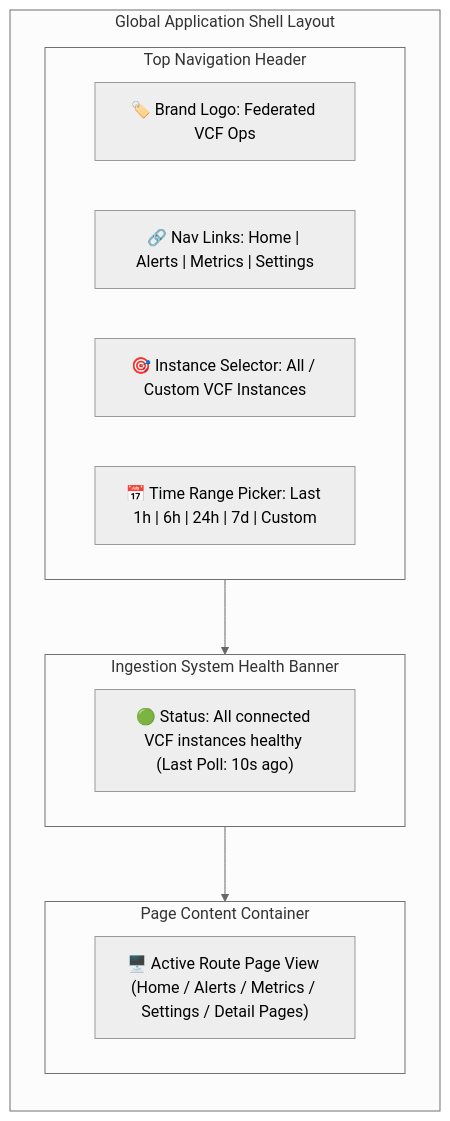
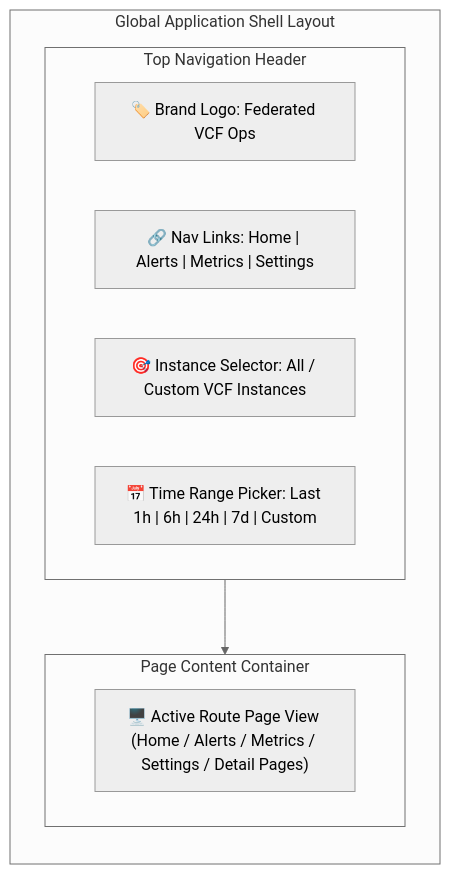
One commit to e1-rahabok/Federated-VCF-Operations changed the diagram in Documentation/Web_Pages/README.md. Above: the diagram before and after it, drawn with Mermaid (neutral theme). The commit also changed other lines of this file and 6 other files, not shown here.

Commit message:
docs & feat: update SSOT requirements and specs for chart features and settings health banner

````diff
--- a/Documentation/Web_Pages/README.md
+++ b/Documentation/Web_Pages/README.md
@@ -33,24 +33,19 @@
 ```mermaid
 graph TD
     subgraph Global_Shell ["Global Application Shell Layout"]
         direction TB
         
         subgraph Navigation_Bar ["Top Navigation Header"]
             N1["🏷️ Brand Logo: Federated VCF Ops"]
             N2["🔗 Nav Links: Home | Alerts | Metrics | Settings"]
             N3["🎯 Instance Selector: All / Custom VCF Instances"]
             N4["📅 Time Range Picker: Last 1h | 6h | 24h | 7d | Custom"]
         end
 
-        subgraph System_Banner ["Ingestion System Health Banner"]
-            B1["🟢 Status: All connected VCF instances healthy (Last Poll: 10s ago)"]
-        end
-
         subgraph Dynamic_View ["Page Content Container"]
             P1["🖥️ Active Route Page View (Home / Alerts / Metrics / Settings / Detail Pages)"]
         end
     end
 
-    Navigation_Bar --> System_Banner
-    System_Banner --> Dynamic_View
+    Navigation_Bar --> Dynamic_View
 ```
````
